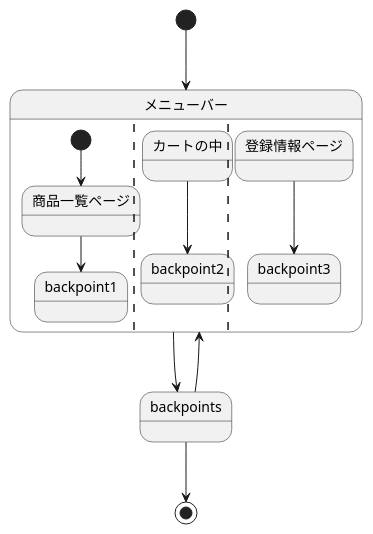
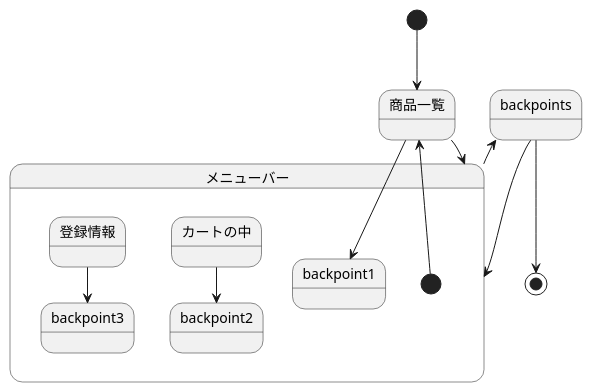
Before and after one commit to Aso2001385/2021sys-design: the diagram in sample/StateMachine.md, drawn with PlantUML.

````diff
--- a/sample/StateMachine.md
+++ b/sample/StateMachine.md
@@ -1,18 +1,19 @@
 ```uml
 @startuml
 
-[*] --> メニューバー
+[*] --> 商品一覧
+商品一覧 --> メニューバー
 state メニューバー {
- [*] --> 商品一覧ページ
- 商品一覧ページ --> backpoint1
+ [*] --> 商品一覧
+ 商品一覧 --> backpoint1
  ||
- カートの中 ---> backpoint2
+ カートの中 --> backpoint2
  ||
- 登録情報ページ ---> backpoint3
+ 登録情報 --> backpoint3
 }
 メニューバー --> backpoints
 backpoints --> メニューバー
 backpoints --> [*]
 
 @enduml
 ```
````
